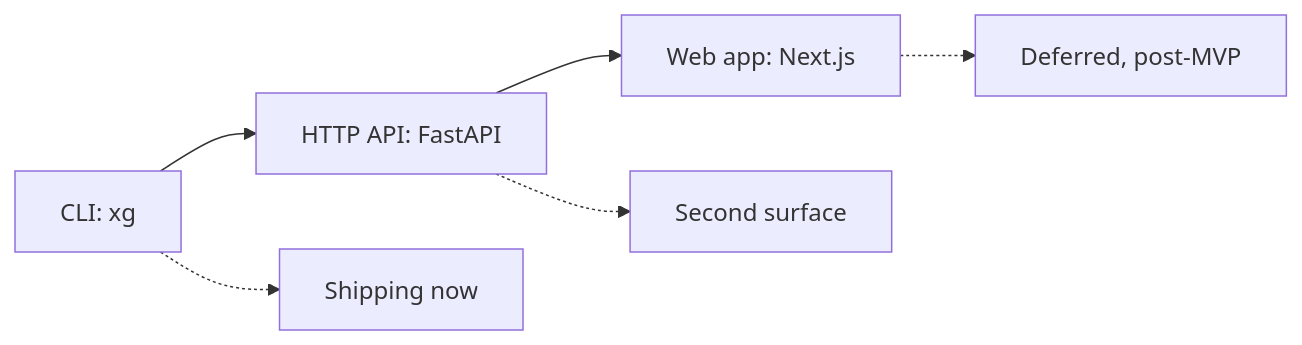
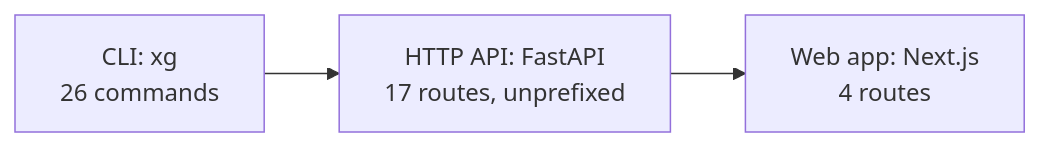
The diagram in docs/api/01_public_api.md (smukhyala/XGalonso), drawn with Mermaid before and after one commit. The commit also changed other lines of this file and 22 other files, not shown here.

````diff
--- a/docs/api/01_public_api.md
+++ b/docs/api/01_public_api.md
@@ -20,8 +37,5 @@
 ```mermaid
 flowchart LR
-    A["CLI: xg"] --> B["HTTP API: FastAPI"]
-    B --> C["Web app: Next.js"]
-    A -.-> D["Shipping now"]
-    B -.-> E["Second surface"]
-    C -.-> F["Deferred, post-MVP"]
+    A["CLI: xg<br/>26 commands"] --> B["HTTP API: FastAPI<br/>17 routes, unprefixed"]
+    B --> C["Web app: Next.js<br/>4 routes"]
 ```
````
